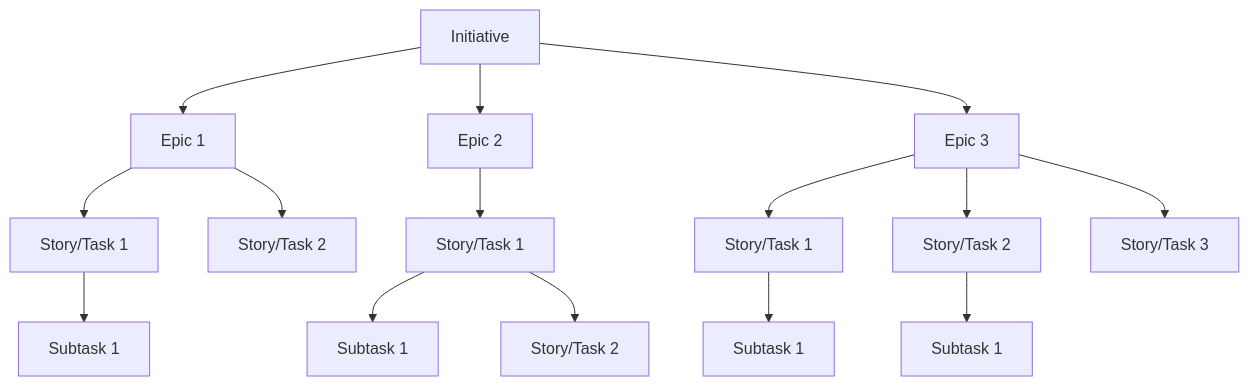
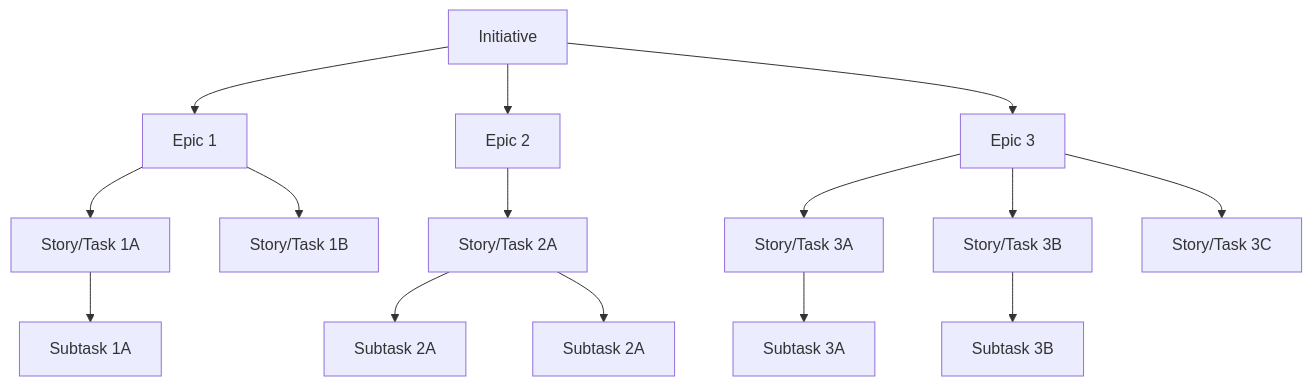
The diagram in notes/study/epics-stories-themes.md (SuzyQuant/SuzyQuant), drawn with Mermaid before and after one commit.

Commit message:
Updatd flowchart

````diff
--- a/notes/study/epics-stories-themes.md
+++ b/notes/study/epics-stories-themes.md
@@ -4,21 +4,22 @@
 ```mermaid
 flowchart TD
     A[Initiative] --> B[Epic 1]
     A[Initiative] --> C[Epic 2]
     A[Initiative] --> D[Epic 3]
 
-    B --> E[Story/Task 1]
-    B --> F[Story/Task 2]
-    C --> G[Story/Task 1]
-    D --> H[Story/Task 1]
-    D --> I[Story/Task 2]
-    D --> J[Story/Task 3]
+    B --> E[Story/Task 1A]
+    B --> F[Story/Task 1B]
 
-    E --> K[Subtask 1]
+    C --> G[Story/Task 2A]
+    D --> H[Story/Task 3A]
+    D --> I[Story/Task 3B]
+    D --> J[Story/Task 3C]
 
-    G --> L[Subtask 1]
-    G --> M[Story/Task 2]
+    E --> K[Subtask 1A]
 
-    H --> N[Subtask 1]
-    I --> O[Subtask 1]
+    G --> L[Subtask  2A]
+    G --> M[Subtask 2A]
+
+    H --> N[Subtask 3A]
+    I --> O[Subtask 3B]
 ```
````
